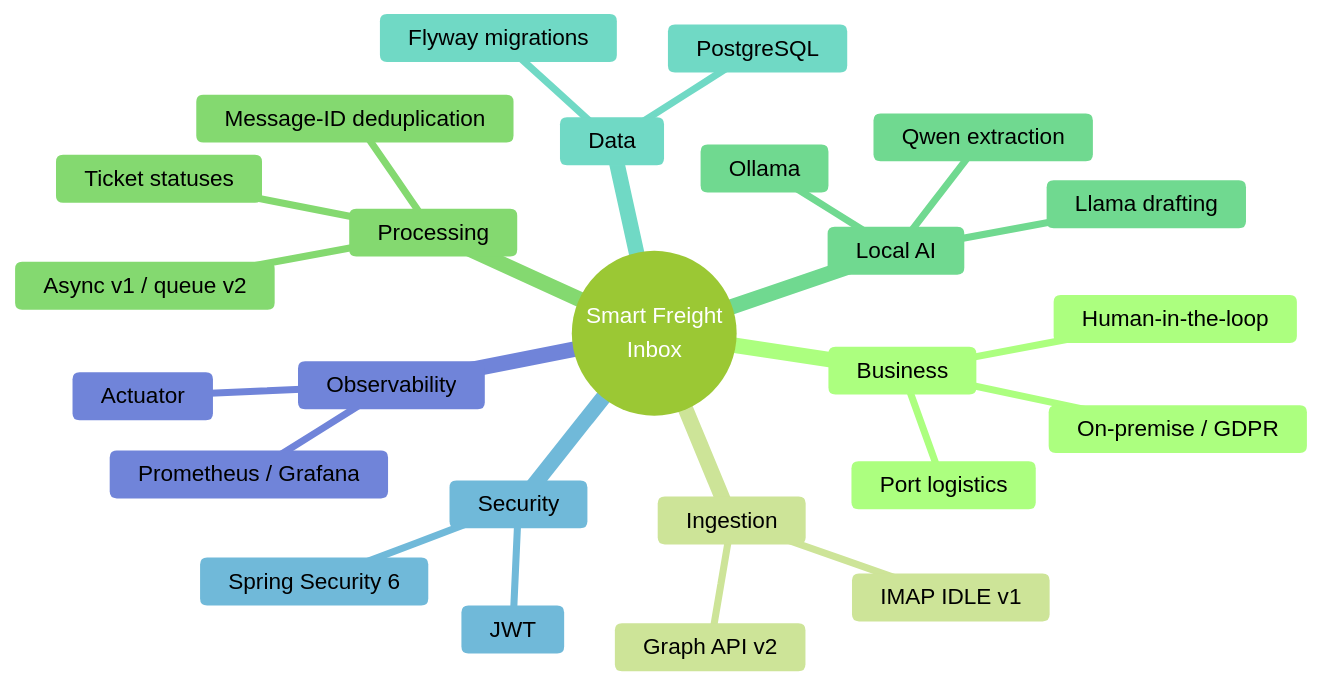
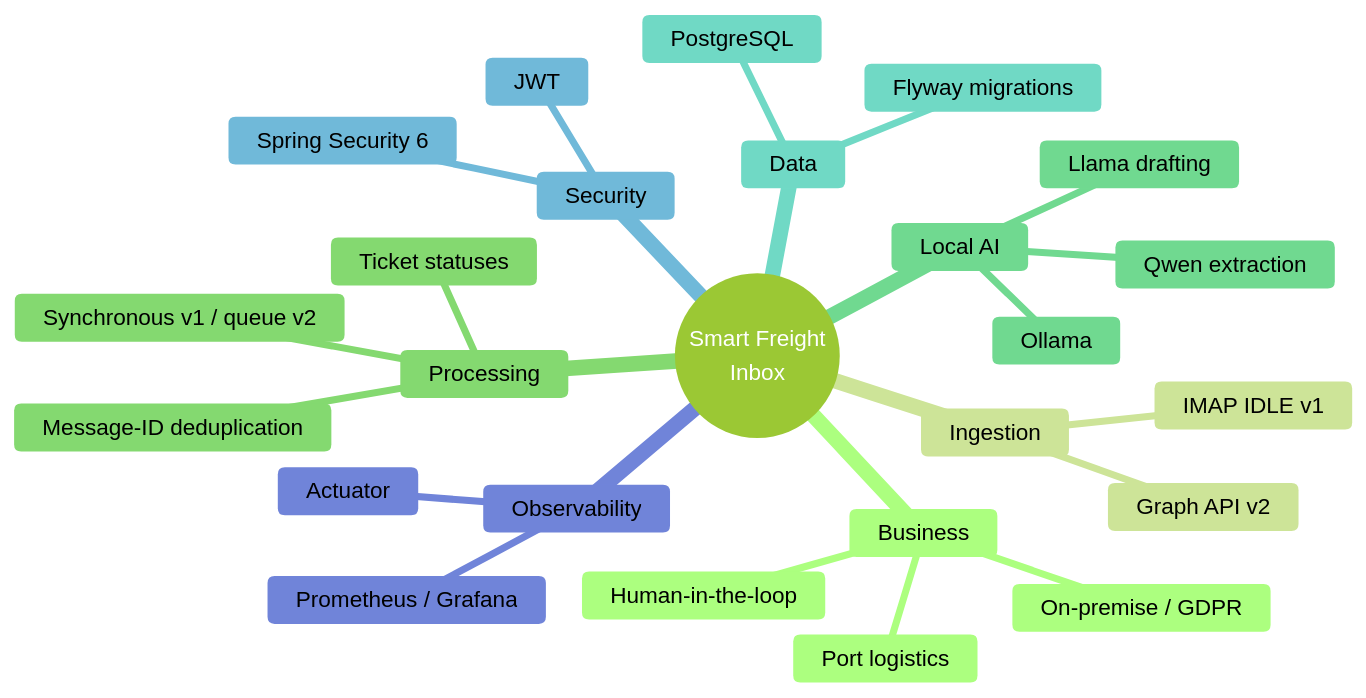
The sixth of 9 diagrams in docs/PRESENTATION_TREE_MAP.md (olegskel7-wq/smart-freight-inbox), drawn with Mermaid (forest theme) before and after one commit. The commit also changed other lines of this file and 29 other files, not shown here.

````diff
--- a/docs/PRESENTATION_TREE_MAP.md
+++ b/docs/PRESENTATION_TREE_MAP.md
@@ -140,28 +142,28 @@
 ```mermaid
 mindmap
   root((Smart Freight<br/>Inbox))
     Business
       Port logistics
       On-premise / GDPR
       Human-in-the-loop
     Ingestion
       IMAP IDLE v1
       Graph API v2
     Processing
       Message-ID deduplication
-      Async v1 / queue v2
+      Synchronous v1 / queue v2
       Ticket statuses
     Local AI
       Qwen extraction
       Llama drafting
       Ollama
     Data
       PostgreSQL
       Flyway migrations
     Security
       JWT
       Spring Security 6
     Observability
       Actuator
       Prometheus / Grafana
 ```
````
